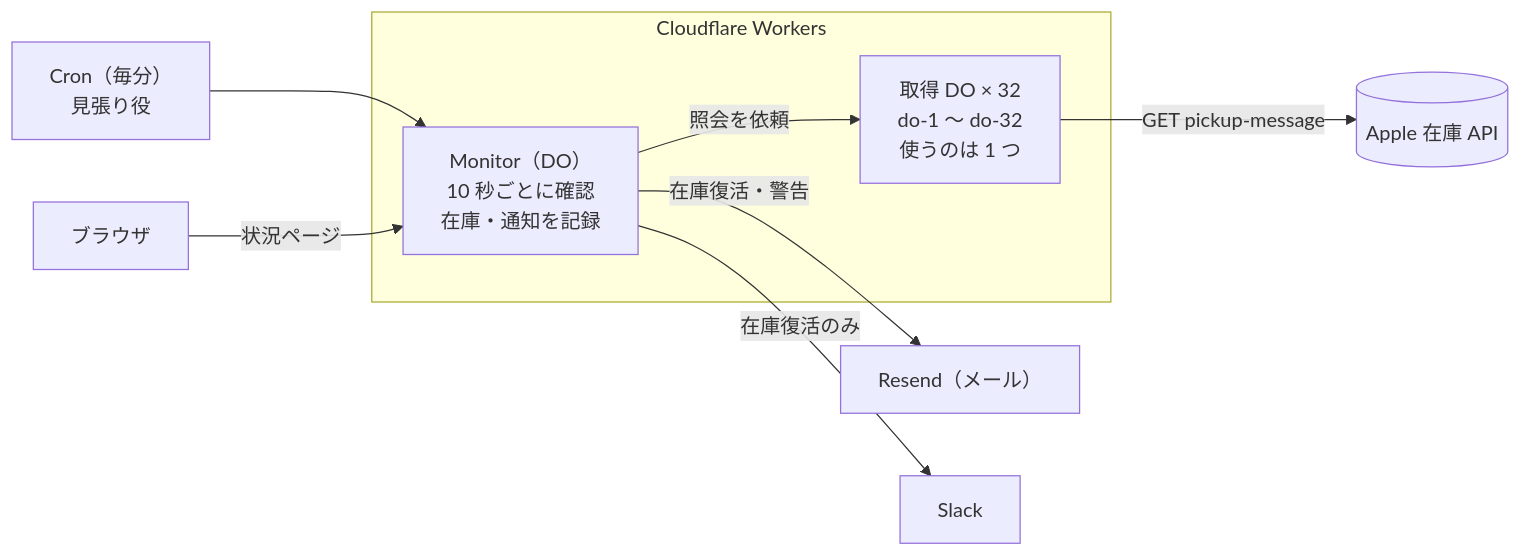
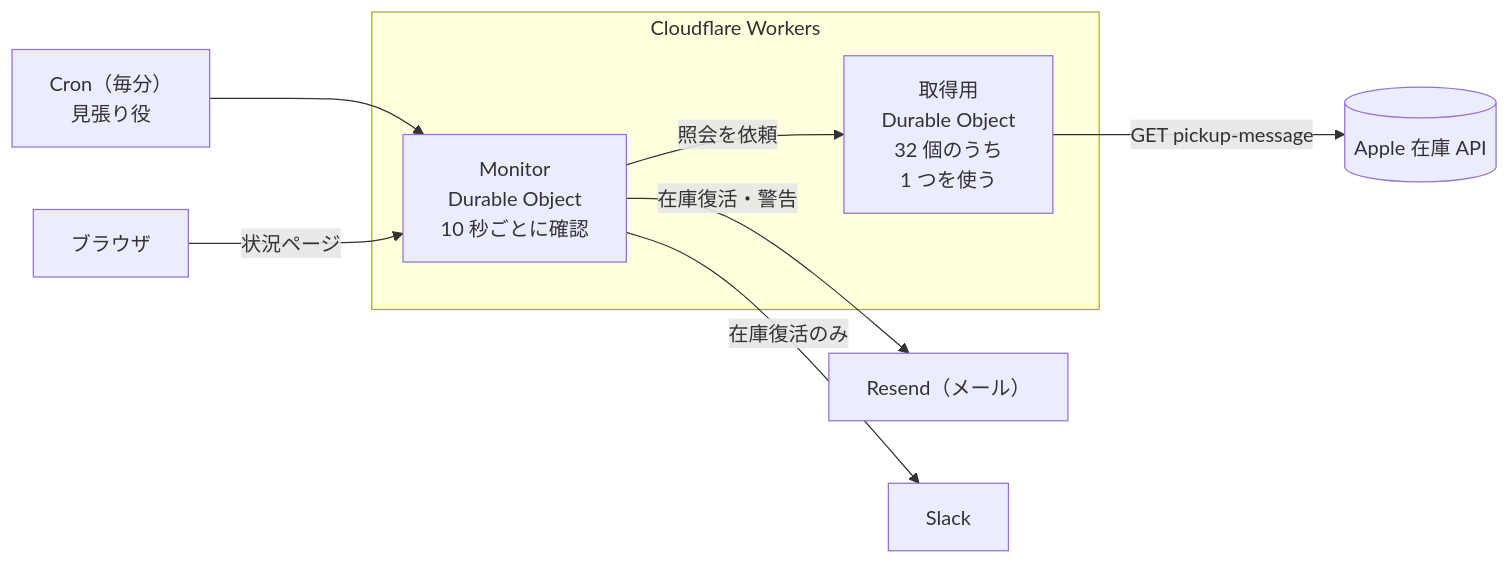
The first of 3 diagrams in README.md (toyoshin5/duo-checker), drawn with Mermaid before and after one commit. The commit also changed other lines of this file, not shown here.

First line of the commit message:
Shorten README and spell out Durable Object

````diff
--- a/README.md
+++ b/README.md
@@ -16,13 +12,13 @@
 ```mermaid
 flowchart LR
     cron["Cron（毎分）<br/>見張り役"] --> monitor
     subgraph cf["Cloudflare Workers"]
-        monitor["Monitor（DO）<br/>10 秒ごとに確認<br/>在庫・通知を記録"]
-        inv["取得 DO × 32<br/>do-1 〜 do-32<br/>使うのは 1 つ"]
+        monitor["Monitor<br/>Durable Object<br/>10 秒ごとに確認"]
+        inv["取得用<br/>Durable Object<br/>32 個のうち<br/>1 つを使う"]
         monitor -- "照会を依頼" --> inv
     end
     inv -- "GET pickup-message" --> apple[("Apple 在庫 API")]
     monitor -- "在庫復活・警告" --> resend["Resend（メール）"]
     monitor -- "在庫復活のみ" --> slack["Slack"]
     browser["ブラウザ"] -- "状況ページ" --> monitor
 ```
````
